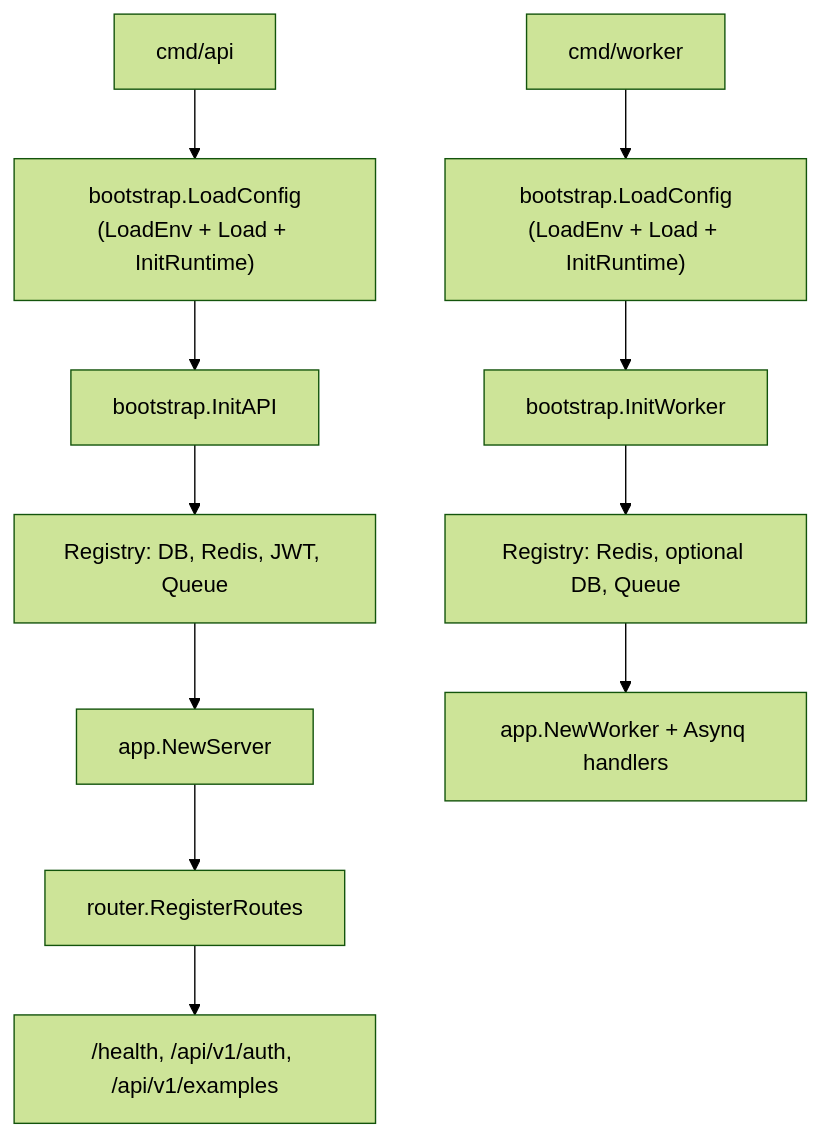
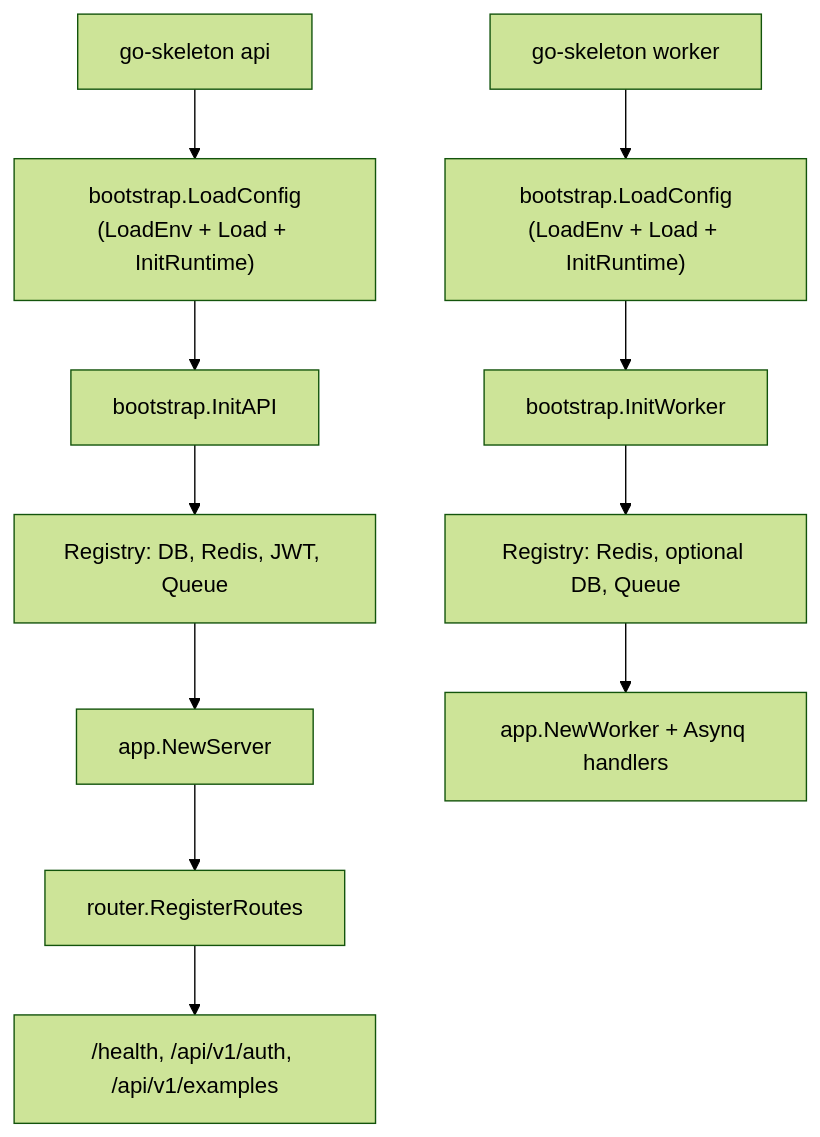
Before and after one commit to myxiaoao/go-skeleton: the diagram in README.md, drawn with Mermaid (forest theme). The commit also changed other lines of this file and 44 other files, not shown here.

First line of the commit message:
refactor(api): 三个进程入口合并为单二进制 go-skeleton

````diff
--- a/README.md
+++ b/README.md
@@ -187,14 +192,14 @@
 ```mermaid
 flowchart TD
-    API["cmd/api"] --> CFG["bootstrap.LoadConfig<br/>(LoadEnv + Load + InitRuntime)"]
+    API["go-skeleton api"] --> CFG["bootstrap.LoadConfig<br/>(LoadEnv + Load + InitRuntime)"]
     CFG --> BOOT["bootstrap.InitAPI"]
     BOOT --> REG["Registry: DB, Redis, JWT, Queue"]
     REG --> APP["app.NewServer"]
     APP --> ROUTER["router.RegisterRoutes"]
     ROUTER --> HTTP["/health, /api/v1/auth, /api/v1/examples"]
 
-    WORKER["cmd/worker"] --> WCFG["bootstrap.LoadConfig<br/>(LoadEnv + Load + InitRuntime)"]
+    WORKER["go-skeleton worker"] --> WCFG["bootstrap.LoadConfig<br/>(LoadEnv + Load + InitRuntime)"]
     WCFG --> WBOOT["bootstrap.InitWorker"]
     WBOOT --> WREG["Registry: Redis, optional DB, Queue"]
     WREG --> ASYNQ["app.NewWorker + Asynq handlers"]
 ```
````
